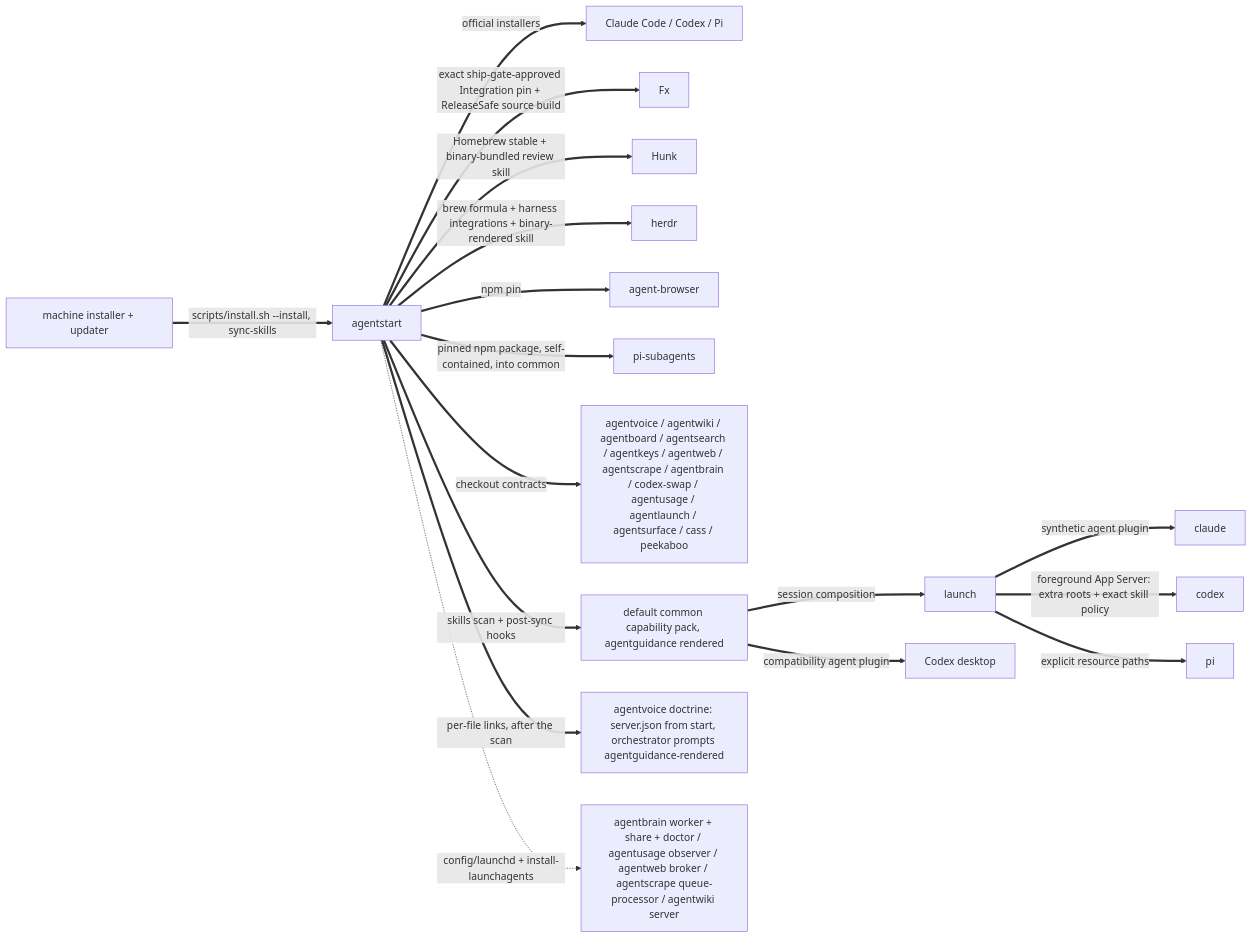
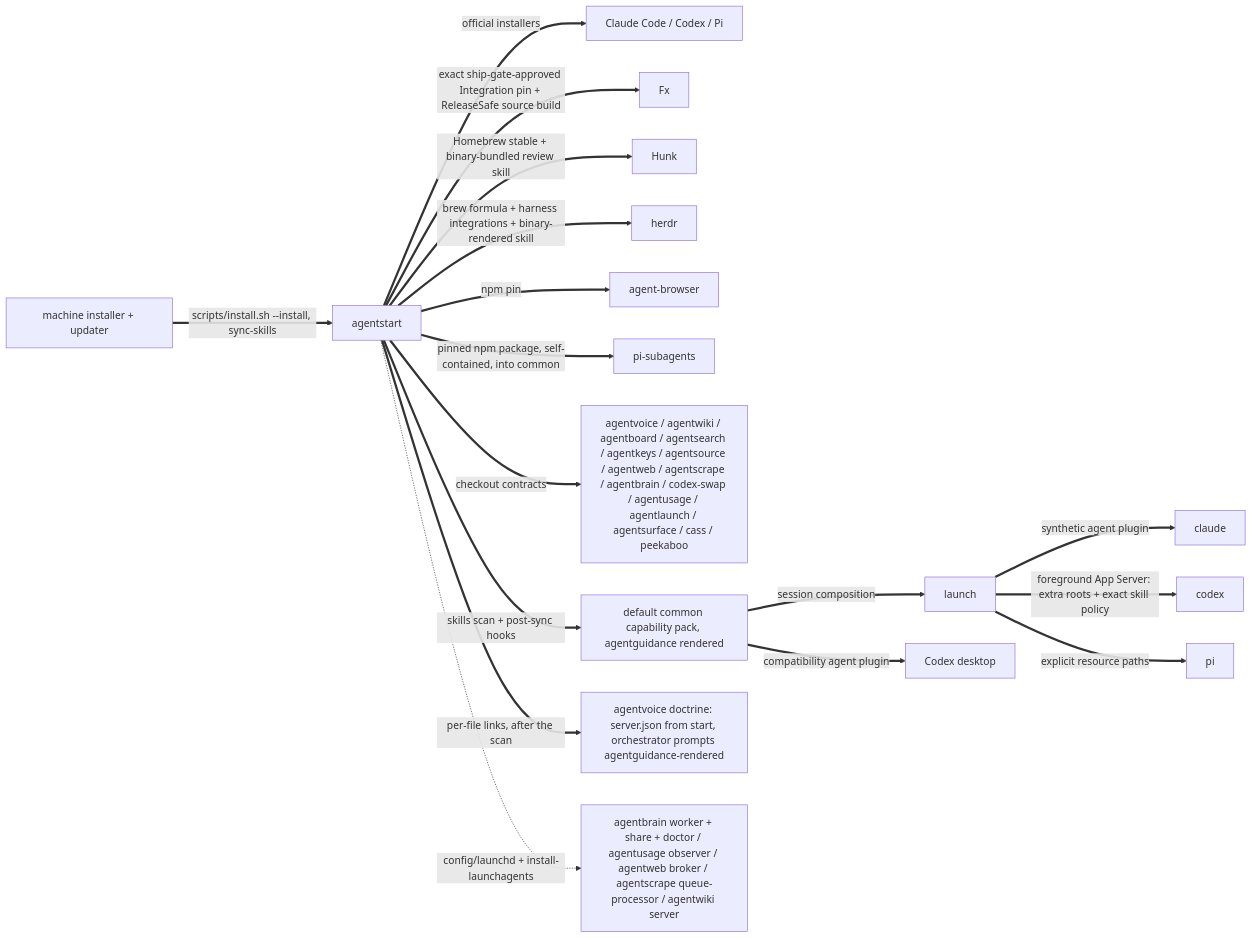
Before and after one commit to possibilities/agentstart: the second of 3 diagrams in skills/fleet/MAP.md, drawn with Mermaid. The commit also changed other lines of this file and 2 other files, not shown here.

Commit message:
Install agentsource as editable fleet CLI

````diff
--- a/skills/fleet/MAP.md
+++ b/skills/fleet/MAP.md
@@ -83,22 +83,22 @@
 ```mermaid
 flowchart LR
     machine[machine installer + updater]
     start[agentstart]
 
     machine ==>|scripts/install.sh --install, sync-skills| start
     start ==>|official installers| harnesses[Claude Code / Codex / Pi]
     start ==>|exact ship-gate-approved Integration pin + ReleaseSafe source build| fx[Fx]
     start ==>|Homebrew stable + binary-bundled review skill| hunk[Hunk]
     start ==>|brew formula + harness integrations + binary-rendered skill| herdrInstall[herdr]
     start ==>|npm pin| browser[agent-browser]
     start ==>|pinned npm package, self-contained, into common| piSubagents[pi-subagents]
-    start ==>|checkout contracts| fleet[agentvoice / agentwiki / agentboard / agentsearch / agentkeys / agentweb / agentscrape / agentbrain / codex-swap / agentusage / agentlaunch / agentsurface / cass / peekaboo]
+    start ==>|checkout contracts| fleet[agentvoice / agentwiki / agentboard / agentsearch / agentkeys / agentsource / agentweb / agentscrape / agentbrain / codex-swap / agentusage / agentlaunch / agentsurface / cass / peekaboo]
     start ==>|skills scan + post-sync hooks| skills[default common capability pack, agentguidance rendered]
     skills ==>|session composition| launch
     launch ==>|synthetic agent plugin| claude
     launch ==>|foreground App Server: extra roots + exact skill policy| codex
     launch ==>|explicit resource paths| pi
     skills ==>|compatibility agent plugin| codexDesktop[Codex desktop]
     start ==>|per-file links, after the scan| voiceDoctrine[agentvoice doctrine: server.json from start, orchestrator prompts agentguidance-rendered]
     start -.->|config/launchd + install-launchagents| services[agentbrain worker + share + doctor / agentusage observer / agentweb broker / agentscrape queue-processor / agentwiki server]
 ```
````
